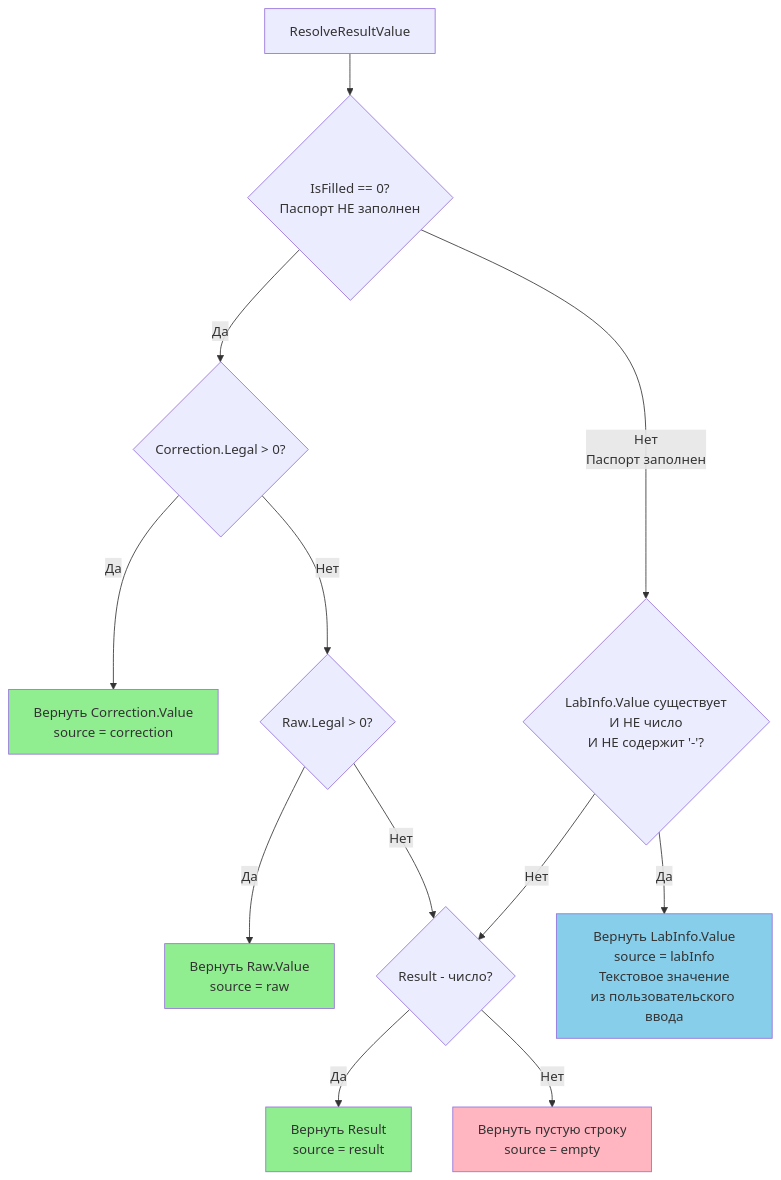
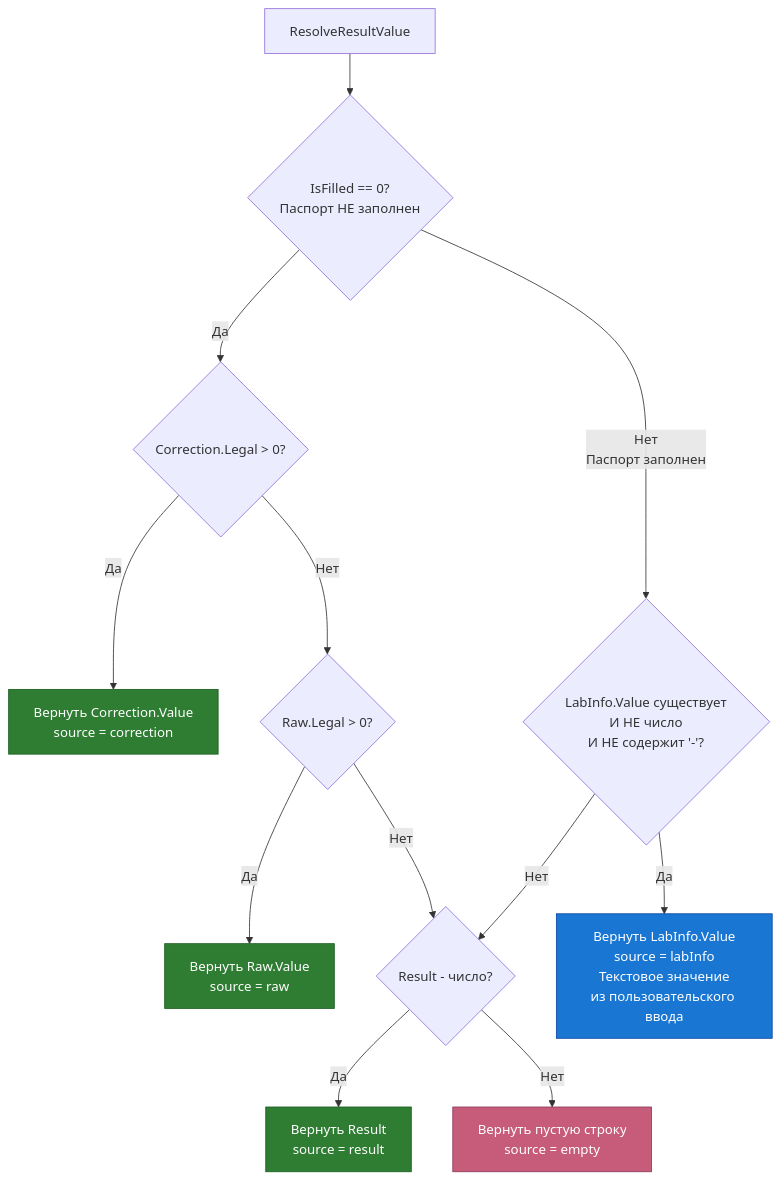
Before and after one commit to tn-ivk/tn-doc: the third of 5 diagrams in docs/architecture/passport-editor.md, drawn with Mermaid. The commit also changed other lines of this file, not shown here.

Commit message:
docs: улучшена читаемость всех диаграмм в passport-editor.md
Применены контрастные цвета с белым текстом во всех flowchart диаграммах:

1. ResolveMeasurementValue (алгоритм выбора значения для Измерения):
   - Успешные случаи: светло-зелёный → тёмно-зелёный (#2e7d32)
   - Пустой результат: светло-розовый → тёмно-розовый (#c75b7a)

2. ResolveResultValue (алгоритм выбора значения для Предпросмотра):
   - Успешные случаи: светло-зелёный → тёмно-зелёный (#2e7d32)
   - LabInfo: голубой → тёмно-синий (#1976d2)
   - Пустой результат: светло-розовый → тёмно-розовый (#c75b7a)

3. CorrectValue (уже исправлено в предыдущем коммите)

Все цветные блоки теперь имеют:
- Белый текст (color:#fff)
- Тёмную обводку для визуального отделения
- Соответствие стандартам WCAG AA для контрастности

````diff
--- a/docs/architecture/passport-editor.md
+++ b/docs/architecture/passport-editor.md
@@ -377,24 +377,24 @@
 ```mermaid
 flowchart TD
     A[ResolveResultValue] --> B{IsFilled == 0?<br/>Паспорт НЕ заполнен}
 
     B -->|Да| C{Correction.Legal > 0?}
     C -->|Да| C1[Вернуть Correction.Value<br/>source = correction]
     C -->|Нет| D{Raw.Legal > 0?}
     D -->|Да| D1[Вернуть Raw.Value<br/>source = raw]
     D -->|Нет| G{Result - число?}
 
     B -->|Нет<br/>Паспорт заполнен| E{LabInfo.Value существует<br/>И НЕ число<br/>И НЕ содержит '-'?}
 
     E -->|Да| E1[Вернуть LabInfo.Value<br/>source = labInfo<br/>Текстовое значение<br/>из пользовательского ввода]
     E -->|Нет| G
 
     G -->|Да| G1[Вернуть Result<br/>source = result]
     G -->|Нет| H[Вернуть пустую строку<br/>source = empty]
 
-    style C1 fill:#90EE90
-    style D1 fill:#90EE90
-    style E1 fill:#87CEEB
-    style G1 fill:#90EE90
-    style H fill:#FFB6C1
+    style C1 fill:#2e7d32,stroke:#1b5e20,color:#fff
+    style D1 fill:#2e7d32,stroke:#1b5e20,color:#fff
+    style E1 fill:#1976d2,stroke:#0d47a1,color:#fff
+    style G1 fill:#2e7d32,stroke:#1b5e20,color:#fff
+    style H fill:#c75b7a,stroke:#8b3a5a,color:#fff
 ```
````
